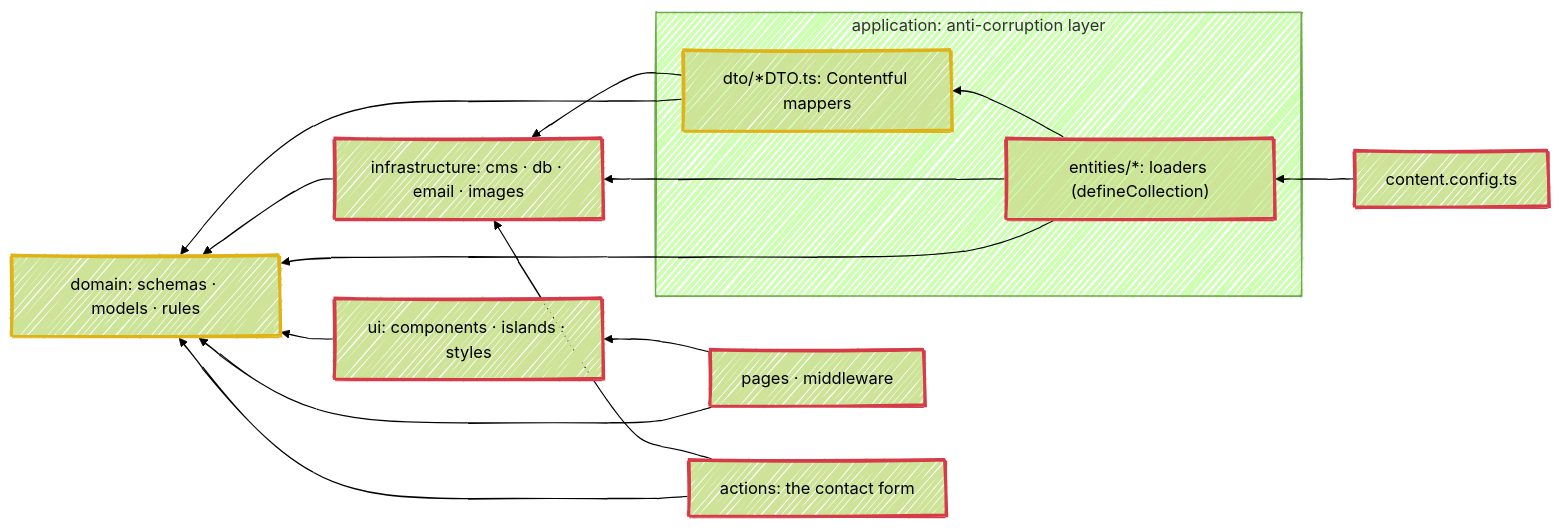
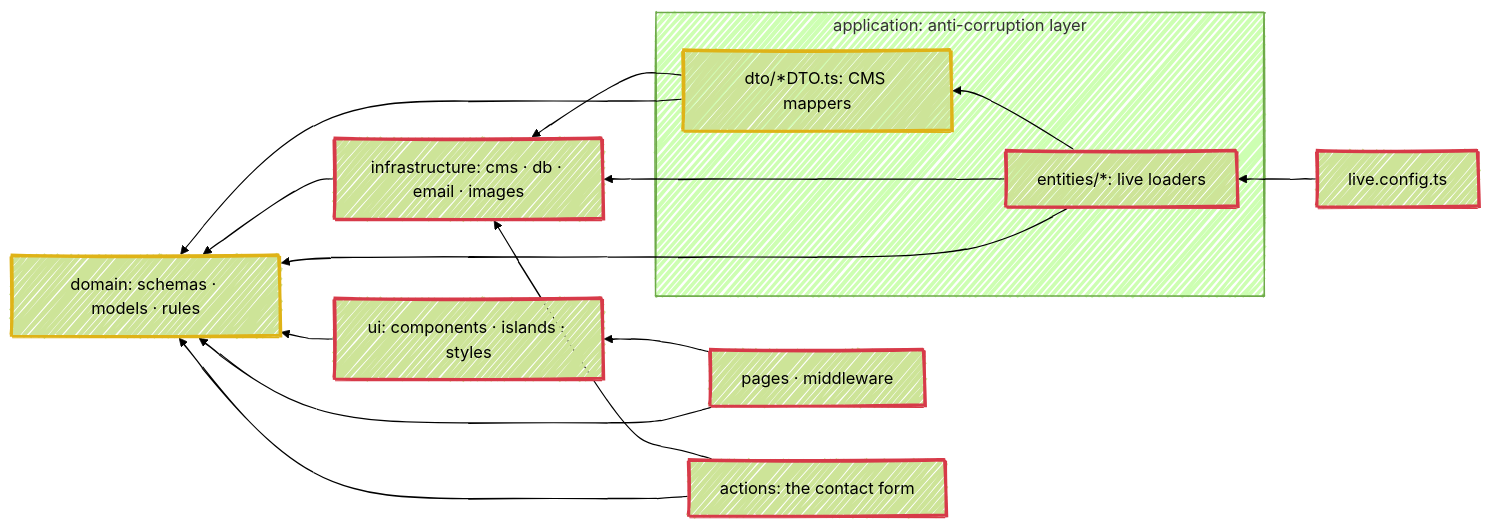
Before and after one commit to fbuireu/biancafiore: the diagram in docs/adr/0012-pragmatic-ddd-domain-layer-anti-corruption-layer.md, drawn with Mermaid (forest theme). The commit also changed other lines of this file and 242 other files, not shown here.

Commit message:
feat: migrate content from Contentful to EmDash (#1196)

````diff
--- a/docs/adr/0012-pragmatic-ddd-domain-layer-anti-corruption-layer.md
+++ b/docs/adr/0012-pragmatic-ddd-domain-layer-anti-corruption-layer.md
@@ -42,29 +42,29 @@
 ```mermaid
 ---
 config:
   look: handDrawn
   layout: dagre
 ---
 flowchart RL
     subgraph application["application: anti-corruption layer"]
-        loaders["entities/*: loaders (defineCollection)"]
-        dto["dto/*DTO.ts: Contentful mappers"]
+        loaders["entities/*: live loaders"]
+        dto["dto/*DTO.ts: CMS mappers"]
     end
     pages["pages · middleware"] --> ui["ui: components · islands · styles"]
     pages --> domain["domain: schemas · models · rules"]
     ui --> domain
     actions["actions: the contact form"] --> infrastructure["infrastructure: cms · db · email · images"]
     actions --> domain
-    config["content.config.ts"] --> loaders
+    config["live.config.ts"] --> loaders
     loaders --> dto
     loaders --> infrastructure
     loaders --> domain
     dto --> infrastructure
     dto --> domain
     infrastructure --> domain
 
     classDef pure stroke:#dfb317,stroke-width:3px
     classDef shell stroke:#d73a49,stroke-width:3px
     class domain,dto pure
     class infrastructure,loaders,actions,pages,ui,config shell
 ```
````
